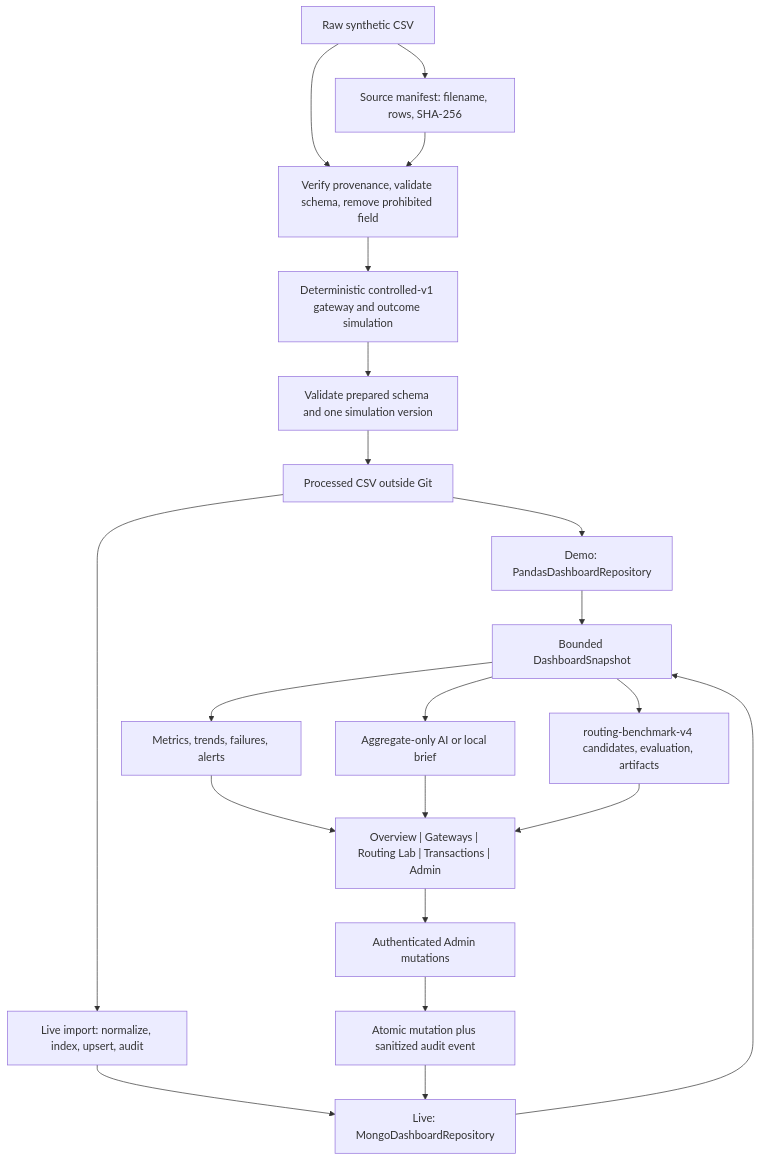
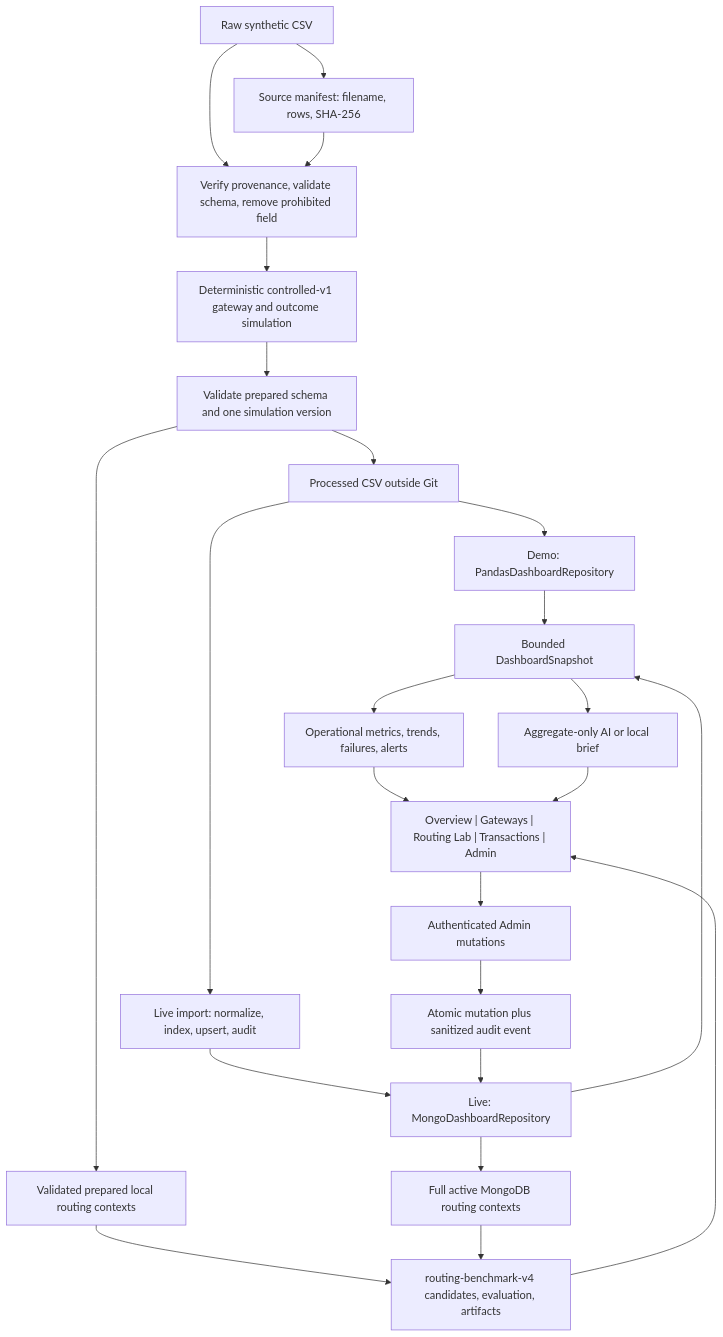
One commit to minntayza/payment_success_rate_optimization changed the diagram in docs/project-function-and-data-guide.md. Above: the diagram before and after it, drawn with Mermaid. The commit also changed other lines of this file and 1 other file, not shown here.

````diff
--- a/docs/project-function-and-data-guide.md
+++ b/docs/project-function-and-data-guide.md
@@ -64,23 +66,26 @@
 ```mermaid
 flowchart TD
     RAW["Raw synthetic CSV"] --> MANIFEST["Source manifest: filename, rows, SHA-256"]
     RAW --> PREP["Verify provenance, validate schema, remove prohibited field"]
     MANIFEST --> PREP
     PREP --> SIM["Deterministic controlled-v1 gateway and outcome simulation"]
     SIM --> VALID["Validate prepared schema and one simulation version"]
     VALID --> CSV["Processed CSV outside Git"]
     CSV --> PANDAS["Demo: PandasDashboardRepository"]
     CSV --> IMPORT["Live import: normalize, index, upsert, audit"]
     IMPORT --> MONGO["Live: MongoDashboardRepository"]
     PANDAS --> SNAP["Bounded DashboardSnapshot"]
     MONGO --> SNAP
-    SNAP --> ANALYTICS["Metrics, trends, failures, alerts"]
+    SNAP --> ANALYTICS["Operational metrics, trends, failures, alerts"]
     SNAP --> AI["Aggregate-only AI or local brief"]
-    SNAP --> ROUTING["routing-benchmark-v4 candidates, evaluation, artifacts"]
+    VALID --> LOCALCTX["Validated prepared local routing contexts"]
+    MONGO --> LIVECTX["Full active MongoDB routing contexts"]
+    LOCALCTX --> ROUTING["routing-benchmark-v4 candidates, evaluation, artifacts"]
+    LIVECTX --> ROUTING
     ANALYTICS --> VIEWS["Overview | Gateways | Routing Lab | Transactions | Admin"]
     AI --> VIEWS
     ROUTING --> VIEWS
     VIEWS --> AUTH["Authenticated Admin mutations"]
     AUTH --> AUDIT["Atomic mutation plus sanitized audit event"]
     AUDIT --> MONGO
 ```
````
